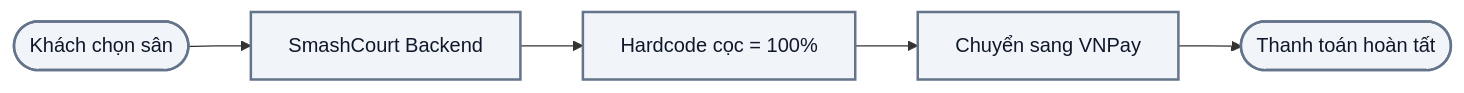
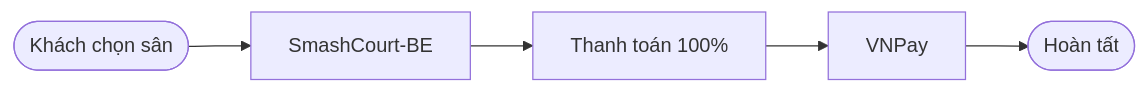
One commit to NguyenThanhTrung-N2T/TrustworthyAdaptiveDecisionSupportSystem-TADSS changed the second of 4 diagrams in docs/PROJECT_BLUEPRINT_AND_SYSTEM_OVERVIEW.md. Above: the diagram before and after it, drawn with Mermaid. The commit also changed other lines of this file and 24 other files, not shown here.

````diff
--- a/docs/PROJECT_BLUEPRINT_AND_SYSTEM_OVERVIEW.md
+++ b/docs/PROJECT_BLUEPRINT_AND_SYSTEM_OVERVIEW.md
@@ -112,10 +78,4 @@
 ```mermaid
 flowchart LR
-    A([Khách chọn sân]) --> B[SmashCourt Backend]
-    B --> C[Hardcode cọc = 100%]
-    C --> D[Chuyển sang VNPay]
-    D --> E([Thanh toán hoàn tất])
-
-    classDef legacyStyle fill:#f1f5f9,stroke:#64748b,stroke-width:2px,color:#0f172a;
-    class A,B,C,D,E legacyStyle;
+    A([Khách chọn sân]) --> B[SmashCourt-BE] --> C[Thanh toán 100%] --> D[VNPay] --> E([Hoàn tất])
 ```
````
